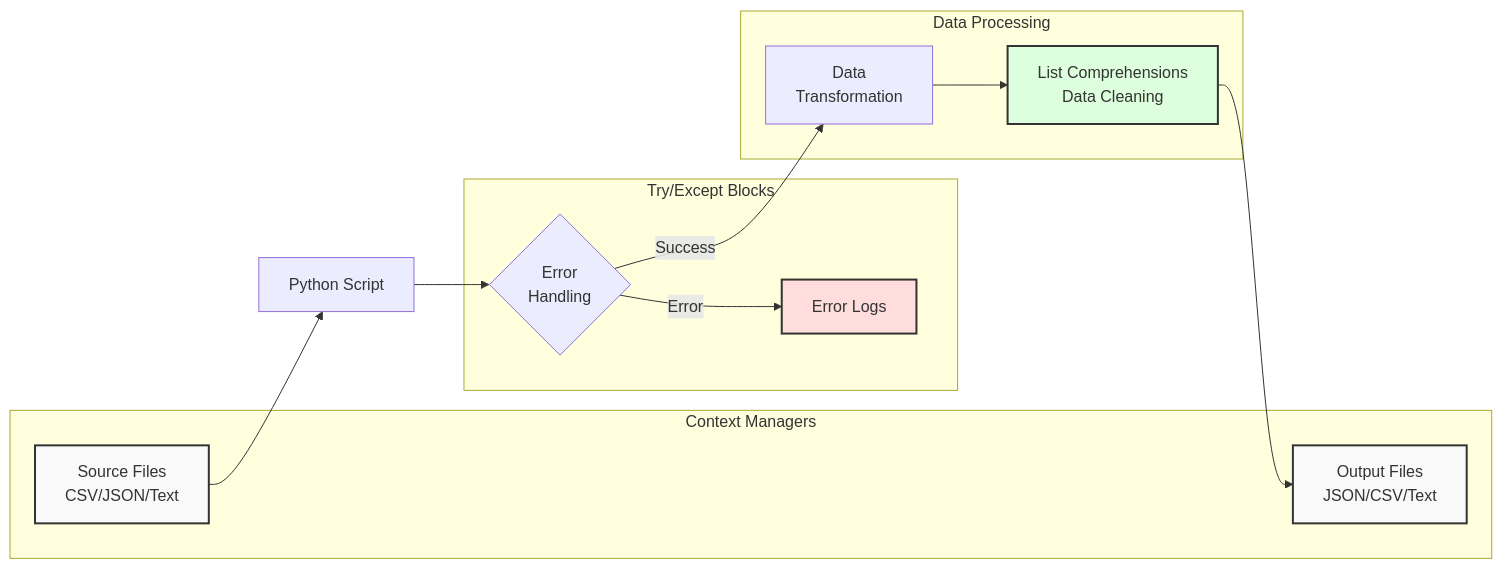
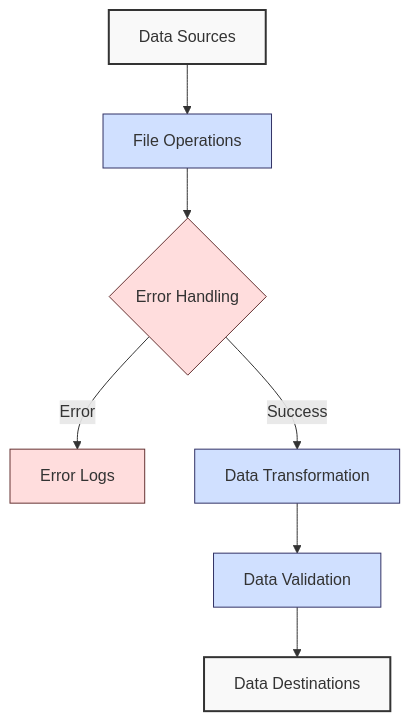
The diagram in apps-standalone/ayokoding-web/content/en/learn/software-engineering/onboardings/hijra-data-engineering/ch02-python-data-handling-and-error-management/_index.md (wahidyankf/oss), drawn with Mermaid before and after one commit. The commit also changed other lines of this file and 2 other files, not shown here.

````diff
--- a/apps-standalone/ayokoding-web/content/en/learn/software-engineering/onboardings/hijra-data-engineering/ch02-python-data-handling-and-error-management/_index.md
+++ b/apps-standalone/ayokoding-web/content/en/learn/software-engineering/onboardings/hijra-data-engineering/ch02-python-data-handling-and-error-management/_index.md
@@ -24,29 +16,19 @@
 ```mermaid
-flowchart LR
-    A[Source Files\nCSV/JSON/Text] --> B[Python Script]
-    B --> C{Error\nHandling}
+flowchart TD
+    A[Data Sources] --> B[File Operations]
+    B --> C{Error Handling}
     C -->|Error| D[Error Logs]
-    C -->|Success| E[Data\nTransformation]
-    E --> F[List Comprehensions\nData Cleaning]
-    F --> G[Output Files\nJSON/CSV/Text]
+    C -->|Success| E[Data Transformation]
+    E --> F[Data Validation]
+    F --> G[Data Destinations]
 
-    subgraph "Context Managers"
-    A
-    G
-    end
+    classDef sources fill:#f9f9f9,stroke:#333,stroke-width:2px
+    classDef operations fill:#d0e0ff,stroke:#336,stroke-width:1px
+    classDef errors fill:#ffdddd,stroke:#633,stroke-width:1px
+    classDef transforms fill:#ddffdd,stroke:#363,stroke-width:1px
 
-    subgraph "Try/Except Blocks"
-    C
-    D
-    end
-
-    subgraph "Data Processing"
-    E
-    F
-    end
-
-    style A fill:#f9f9f9,stroke:#333,stroke-width:2px
-    style G fill:#f9f9f9,stroke:#333,stroke-width:2px
-    style D fill:#ffdddd,stroke:#333,stroke-width:2px
-    style F fill:#ddffdd,stroke:#333,stroke-width:2px
+    class A sources
+    class B,E,F operations
+    class C,D errors
+    class G sources
 ```
````
